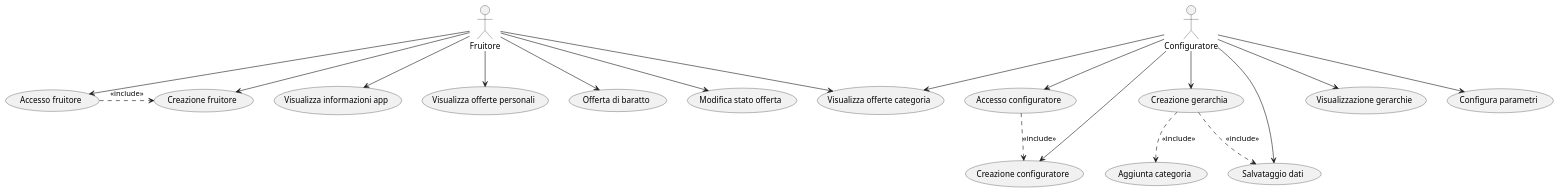
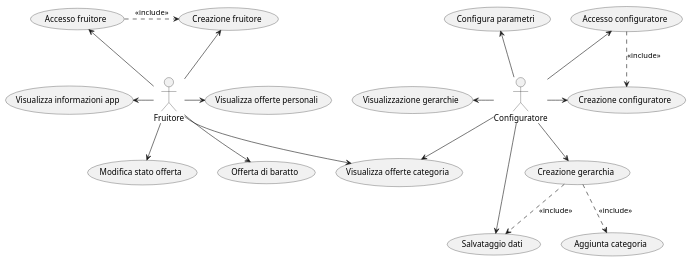
One commit to eletoo/inge_del_software changed the diagram in doc/uml/version3/puml/Use case diagram-Version3.0.puml. Above: the diagram before and after it, drawn with PlantUML. The commit also changed 1 other file, not shown here.

Commit message:
version 2.0.5 - fixed use cases UML

```diff
--- a/doc/uml/version3/puml/Use case diagram-Version3.0.puml
+++ b/doc/uml/version3/puml/Use case diagram-Version3.0.puml
@@ -1,46 +1,45 @@
 @startuml
 
 :Fruitore: as Admin
 (Accesso fruitore) as (UseF1)
 (Creazione fruitore) as (UseF2)
 (Visualizza informazioni app) as (UseF3)
 (Visualizza offerte categoria) as (UseF5)
 (Visualizza offerte personali) as (UseF6)
 (Offerta di baratto) as (UseF7)
 (Modifica stato offerta) as (UseF8)
 
-Admin --> (UseF3)
-Admin --> (UseF1)
-Admin --> (UseF2)
-Admin --> (UseF6)
+Admin -left-> (UseF3)
+Admin -up-> (UseF1)
+Admin -up-> (UseF2)
+Admin -right-> (UseF6)
 Admin --> (UseF5)
 Admin --> (UseF7)
 Admin --> (UseF8)
 
 (UseF1) .right.> (UseF2): <<include>>
-
 
 (Accesso configuratore) as (Use1)
 (Creazione configuratore) as (Use2)
 (Salvataggio dati) as (Use3)
 (Visualizzazione gerarchie) as (Use4)
 (Creazione gerarchia) as (Use5)
 (Aggiunta categoria) as (Use6)
 (Configura parametri) as (Use7)
 
 :Configuratore: as Admin2
-Admin2 --> (Use4)
+Admin2 -left-> (Use4)
 Admin2 --> (Use5)
 Admin2 --> (Use3)
 Admin2 -right-> (Use2)
-Admin2 --> (Use1)
-Admin2 --> (Use7)
+Admin2 -up-> (Use1)
+Admin2 -up-> (Use7)
 Admin2 --> (UseF5)
 
 
 (Use1) ..> (Use2): <<include>>
 (Use5) ..> (Use6): <<include>>
 (Use5) ..> (Use3): <<include>>
 
 
 @enduml
```
